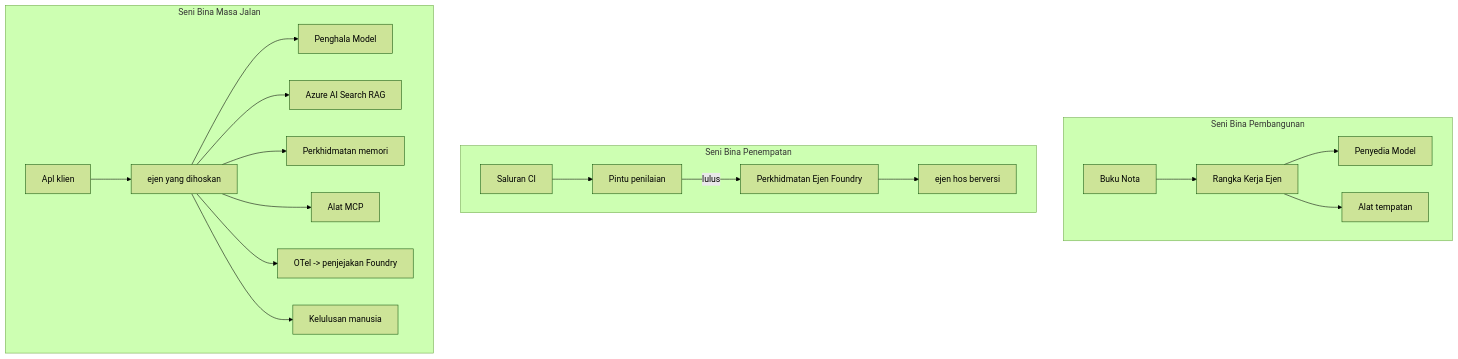
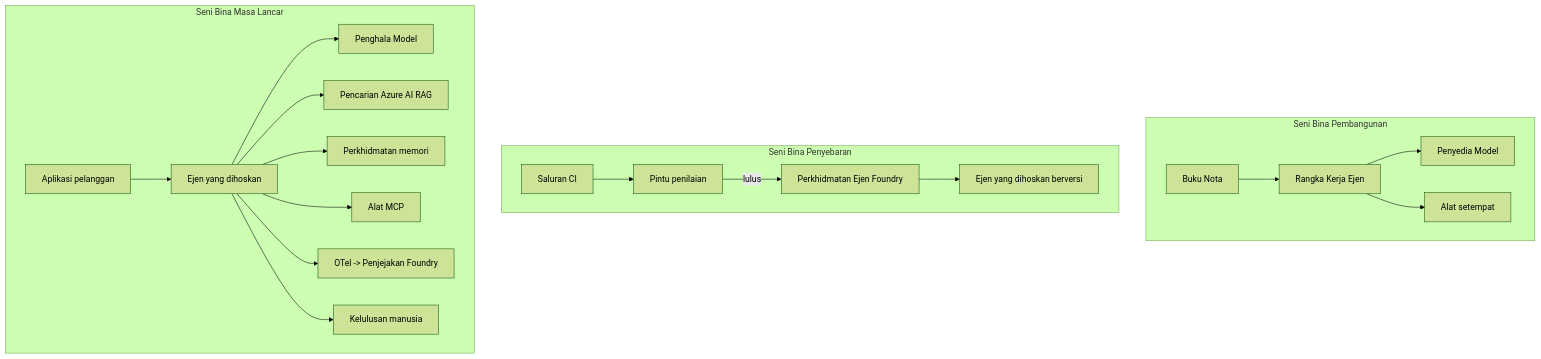
The fourth of 4 diagrams in translations/ms/16-deploying-scalable-agents/README.md (microsoft/ai-agents-for-beginners), drawn with Mermaid (forest theme) before and after one commit. The commit also changed other lines of this file and 46 other files, not shown here.

````diff
--- a/translations/ms/16-deploying-scalable-agents/README.md
+++ b/translations/ms/16-deploying-scalable-agents/README.md
@@ -185,22 +185,22 @@
 ```mermaid
 flowchart TB
     subgraph Dev[Seni Bina Pembangunan]
         D1[Buku Nota] --> D2[Rangka Kerja Ejen]
         D2 --> D3[Penyedia Model]
-        D2 --> D4[Alat tempatan]
+        D2 --> D4[Alat setempat]
     end
-    subgraph Deploy[Seni Bina Penempatan]
+    subgraph Deploy[Seni Bina Penyebaran]
         E1[Saluran CI] --> E2[Pintu penilaian]
         E2 -->|lulus| E3[Perkhidmatan Ejen Foundry]
-        E3 --> E4[ejen hos berversi]
+        E3 --> E4[Ejen yang dihoskan berversi]
     end
-    subgraph Run[Seni Bina Masa Jalan]
-        F1[Apl klien] --> F2[ejen yang dihoskan]
+    subgraph Run[Seni Bina Masa Lancar]
+        F1[Aplikasi pelanggan] --> F2[Ejen yang dihoskan]
         F2 --> F3[Penghala Model]
-        F2 --> F4[Azure AI Search RAG]
+        F2 --> F4[Pencarian Azure AI RAG]
         F2 --> F5[Perkhidmatan memori]
         F2 --> F6[Alat MCP]
-        F2 --> F7[OTel -> penjejakan Foundry]
+        F2 --> F7[OTel -> Penjejakan Foundry]
         F2 --> F8[Kelulusan manusia]
     end
 ```
````
